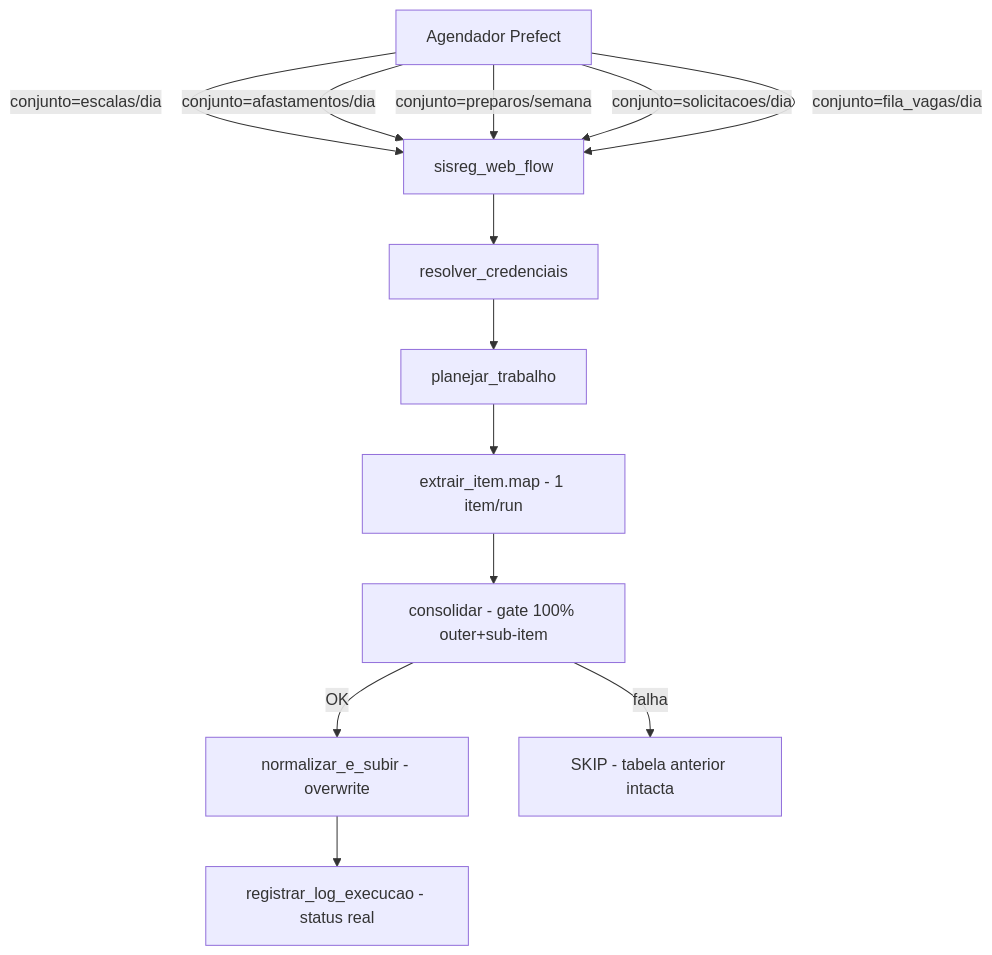
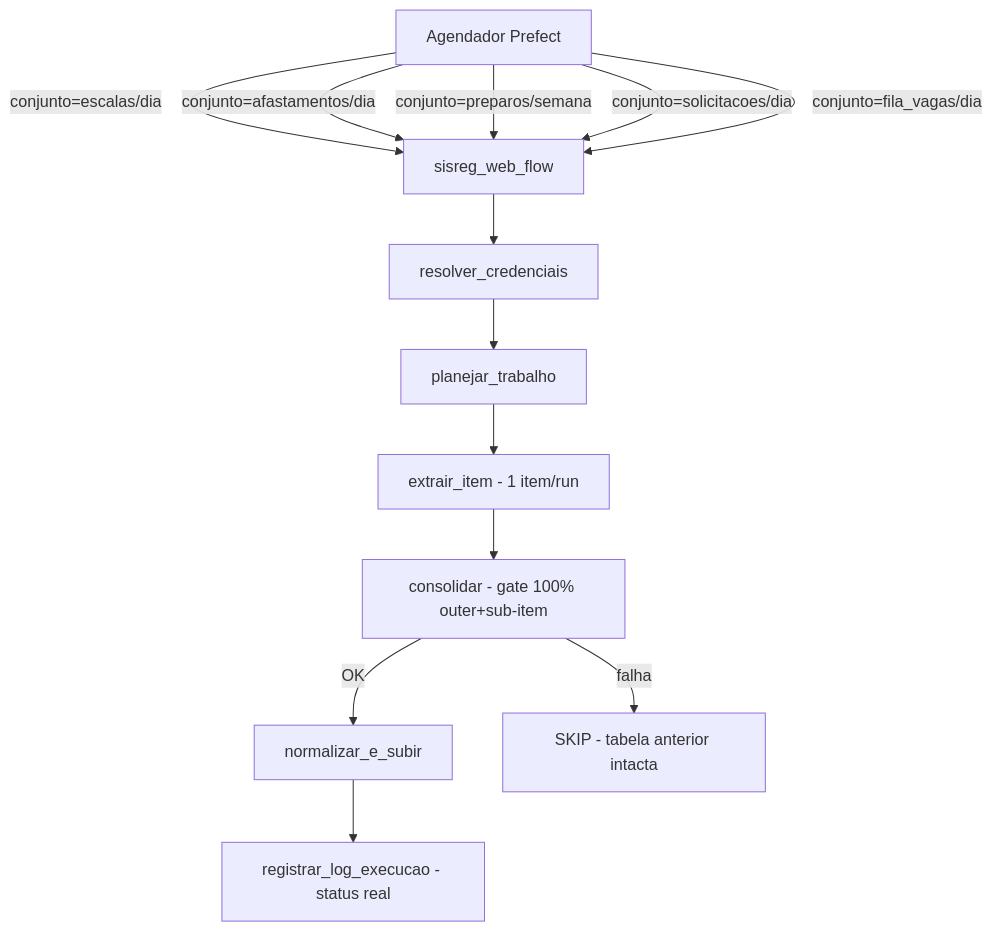
Before and after one commit to prefeitura-rio/pipelines_rj_sms: the first of 4 diagrams in pipelines/datalake/extract_load/sisreg/README.md, drawn with Mermaid. The commit also changed other lines of this file and 68 other files, not shown here.

````diff
--- a/pipelines/datalake/extract_load/sisreg/README.md
+++ b/pipelines/datalake/extract_load/sisreg/README.md
@@ -17,16 +16,16 @@
 ```mermaid
 graph TD
     A[Agendador Prefect] -->|conjunto=escalas/dia| B[sisreg_web_flow]
     A -->|conjunto=afastamentos/dia| B
     A -->|conjunto=preparos/semana| B
     A -->|conjunto=solicitacoes/dia| B
     A -->|conjunto=fila_vagas/dia| B
 
     B --> C[resolver_credenciais]
     C --> D[planejar_trabalho]
-    D --> E[extrair_item.map - 1 item/run]
+    D --> E[extrair_item - 1 item/run]
     E --> F[consolidar - gate 100% outer+sub-item]
-    F -->|OK| G[normalizar_e_subir - overwrite]
+    F -->|OK| G[normalizar_e_subir]
     F -->|falha| H[SKIP - tabela anterior intacta]
     G --> I[registrar_log_execucao - status real]
 ```
````
